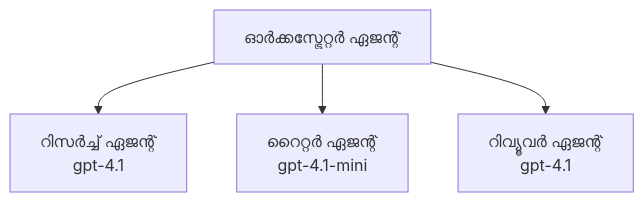
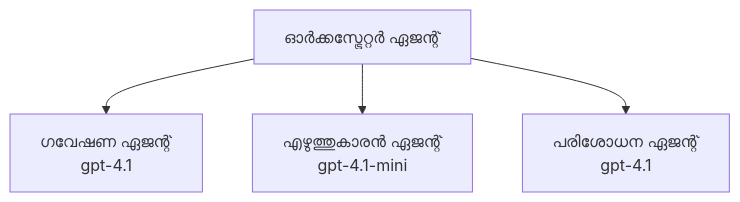
The third of 3 diagrams in translations/ml/docs/chapter-02-ai-development/agents.md (microsoft/AZD-for-beginners), drawn with Mermaid before and after one commit. The commit also changed other lines of this file and 101 other files, not shown here.

````diff
--- a/translations/ml/docs/chapter-02-ai-development/agents.md
+++ b/translations/ml/docs/chapter-02-ai-development/agents.md
@@ -189,6 +194,6 @@
 ```mermaid
 graph TD
-    Orchestrator[ഓർക്കസ്ട്രേറ്റർ ഏജന്റ്] --> Research[റിസർച്ച് ഏജന്റ്<br/>gpt-4.1]
-    Orchestrator --> Writer[റൈറ്റർ ഏജന്റ്<br/>gpt-4.1-mini]
-    Orchestrator --> Reviewer[റിവ്യൂവർ ഏജന്റ്<br/>gpt-4.1]
+    Orchestrator[ഓർക്കസ്ട്രേറ്റർ ഏജന്റ്] --> Research[ഗവേഷണ ഏജന്റ്<br/>gpt-4.1]
+    Orchestrator --> Writer[എഴുത്തുകാരൻ ഏജന്റ്<br/>gpt-4.1-mini]
+    Orchestrator --> Reviewer[പരിശോധന ഏജന്റ്<br/>gpt-4.1]
 ```
````
